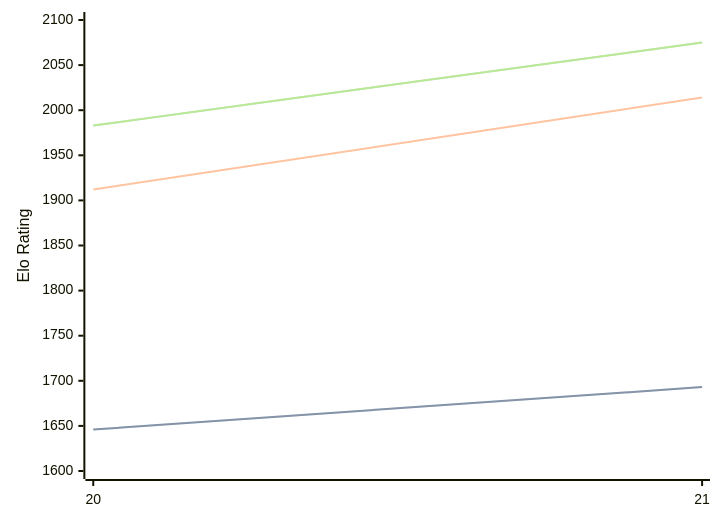
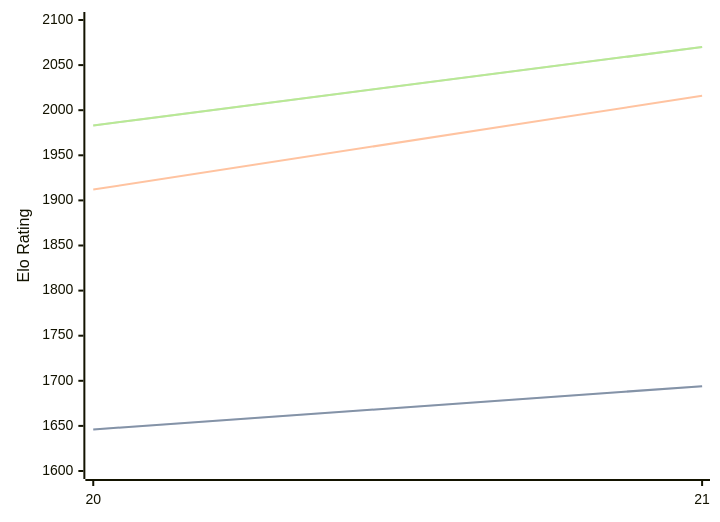
The diagram in engines/PurplePanda.md (computer-chess-index/cci), drawn with Mermaid before and after one commit. The commit also changed other lines of this file, not shown here.

Commit message:
Update CCI Ratings (ELO VLTC) - 2026-09-06

````diff
--- a/engines/PurplePanda.md
+++ b/engines/PurplePanda.md
@@ -32,11 +32,11 @@
 ```mermaid
 %%{init: {"theme":"base","themeVariables":{"seriesColors:['#a3a3a3','#222221','#faa371']}}}%%
 xychart-beta
   x-axis ["20", "21"]
   y-axis "Elo Rating" 1600 --> 2100
-  line "" [1646, 1693]
-  line "STC (8.0+0.08s)" [1646, 1693]
-  line "LTC (60.0+0.60s)" [1912, 2014]
-  line "" [1983, 2075]
-  line "VLTC (2m24s+1.12s)" [1983, 2075]
+  line "" [1646, 1694]
+  line "STC (8.0+0.08s)" [1646, 1694]
+  line "LTC (60.0+0.60s)" [1912, 2016]
+  line "" [1983, 2070]
+  line "VLTC (2m24s+1.12s)" [1983, 2070]
 ```
````
